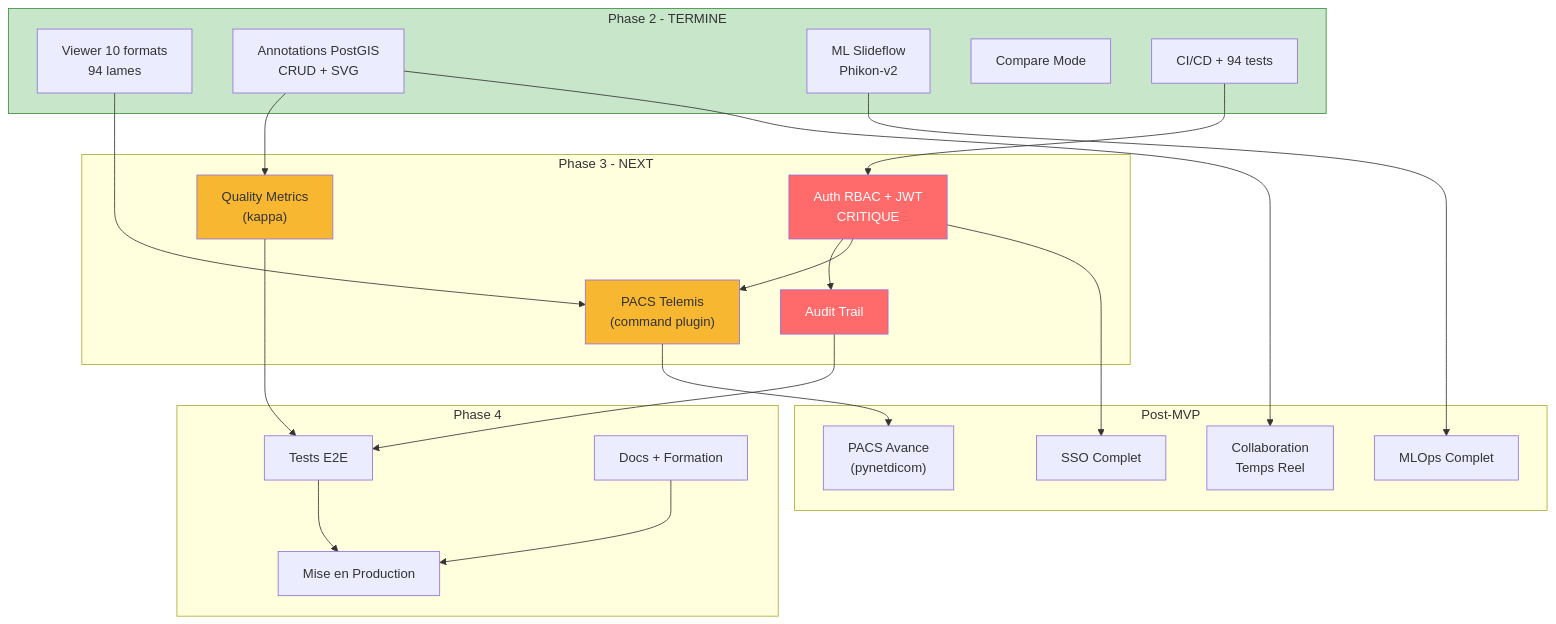
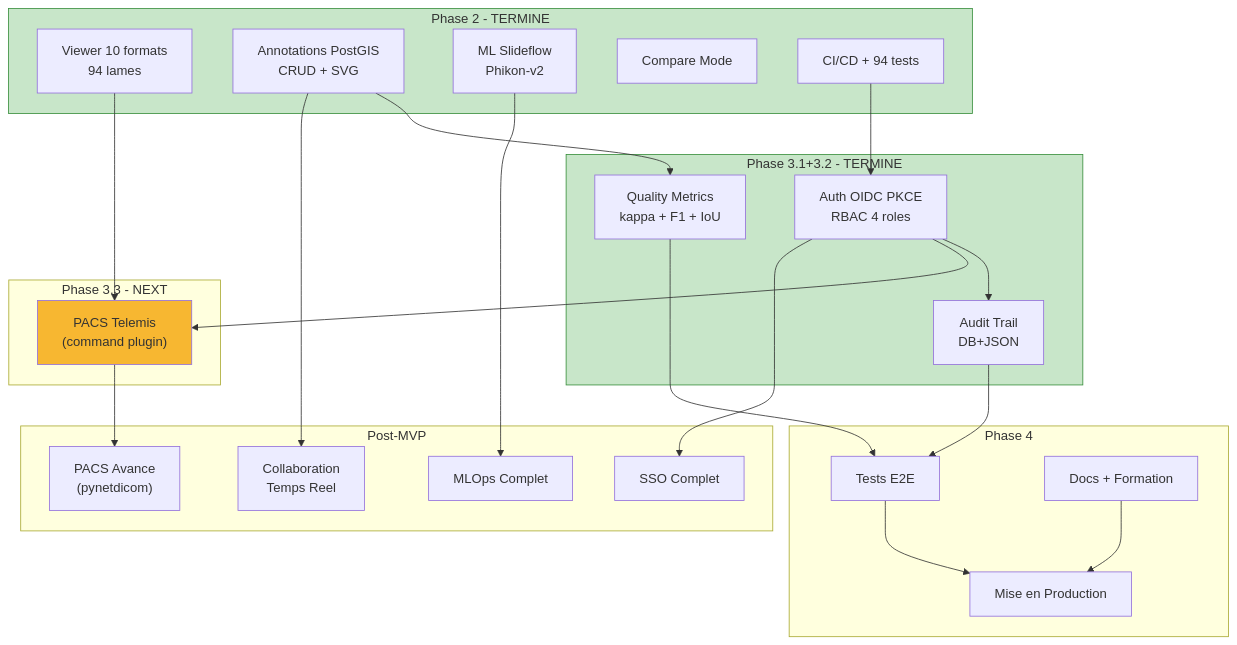
Before and after one commit to Yanstart/VarunaPoC: the second of 2 diagrams in .claude/memory/ROADMAP.md, drawn with Mermaid. The commit also changed other lines of this file and 6 other files, not shown here.

````diff
--- a/.claude/memory/ROADMAP.md
+++ b/.claude/memory/ROADMAP.md
@@ -290,50 +324,51 @@
 ```mermaid
 flowchart TD
     subgraph P2_DONE["Phase 2 - TERMINE"]
         P2_VIEW["Viewer 10 formats<br/>94 lames"]
         P2_ANNOT["Annotations PostGIS<br/>CRUD + SVG"]
         P2_ML["ML Slideflow<br/>Phikon-v2"]
         P2_COMPARE["Compare Mode"]
         P2_CI["CI/CD + 94 tests"]
     end
 
-    subgraph P3["Phase 3 - NEXT"]
-        P3_AUTH["Auth RBAC + JWT<br/>CRITIQUE"]
-        P3_AUDIT["Audit Trail"]
-        P3_QUAL["Quality Metrics<br/>(kappa)"]
+    subgraph P3_DONE["Phase 3.1+3.2 - TERMINE"]
+        P3_AUTH["Auth OIDC PKCE<br/>RBAC 4 roles"]
+        P3_AUDIT["Audit Trail<br/>DB+JSON"]
+        P3_QUAL["Quality Metrics<br/>kappa + F1 + IoU"]
+    end
+
+    subgraph P3_NEXT["Phase 3.3 - NEXT"]
         P3_PACS["PACS Telemis<br/>(command plugin)"]
     end
 
     subgraph P4["Phase 4"]
         P4_E2E["Tests E2E"]
         P4_DOCS["Docs + Formation"]
         P4_PROD["Mise en Production"]
     end
 
     subgraph POST["Post-MVP"]
         POST_SSO["SSO Complet"]
         POST_COLLAB["Collaboration<br/>Temps Reel"]
         POST_MLOPS["MLOps Complet"]
         POST_PACS2["PACS Avance<br/>(pynetdicom)"]
     end
 
     P2_ANNOT --> P3_QUAL
     P2_VIEW --> P3_PACS
     P2_CI --> P3_AUTH
     P3_AUTH --> P3_AUDIT
     P3_AUTH --> P3_PACS
     P3_QUAL --> P4_E2E
     P3_AUDIT --> P4_E2E
     P4_E2E --> P4_PROD
     P4_DOCS --> P4_PROD
     P3_AUTH --> POST_SSO
     P2_ANNOT --> POST_COLLAB
     P2_ML --> POST_MLOPS
     P3_PACS --> POST_PACS2
 
     style P2_DONE fill:#c8e6c9,stroke:#388E3C
-    style P3_AUTH fill:#ff6b6b,color:#fff
-    style P3_AUDIT fill:#ff6b6b,color:#fff
-    style P3_QUAL fill:#f7b731
+    style P3_DONE fill:#c8e6c9,stroke:#388E3C
     style P3_PACS fill:#f7b731
 ```
````
